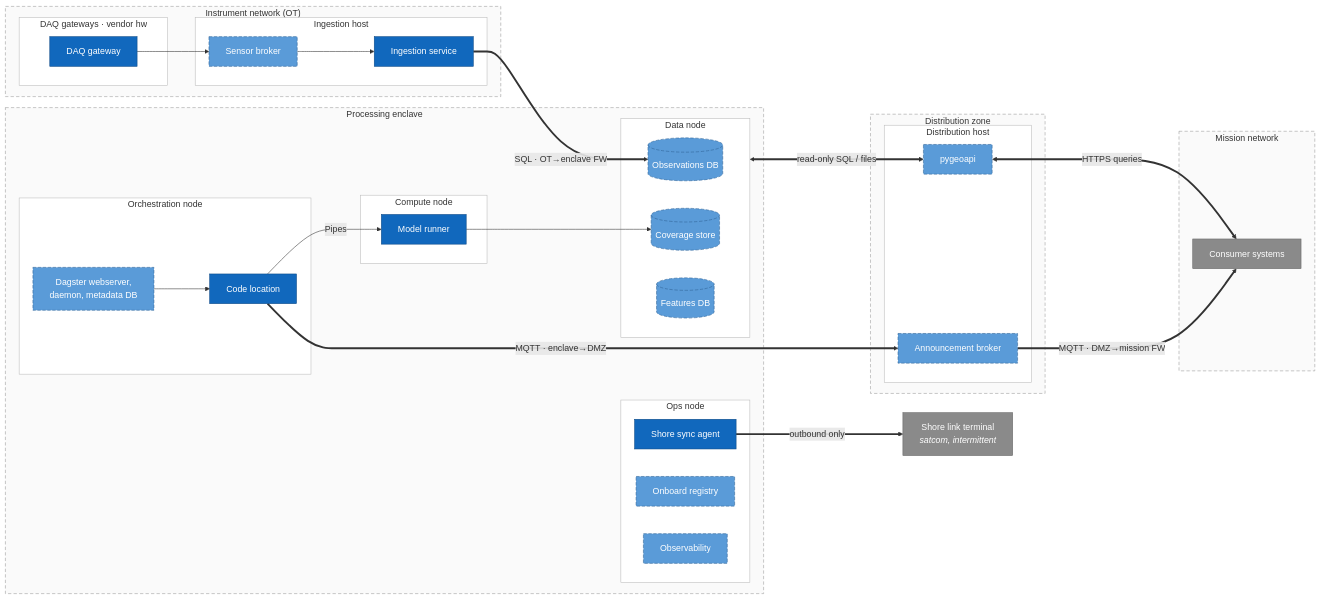
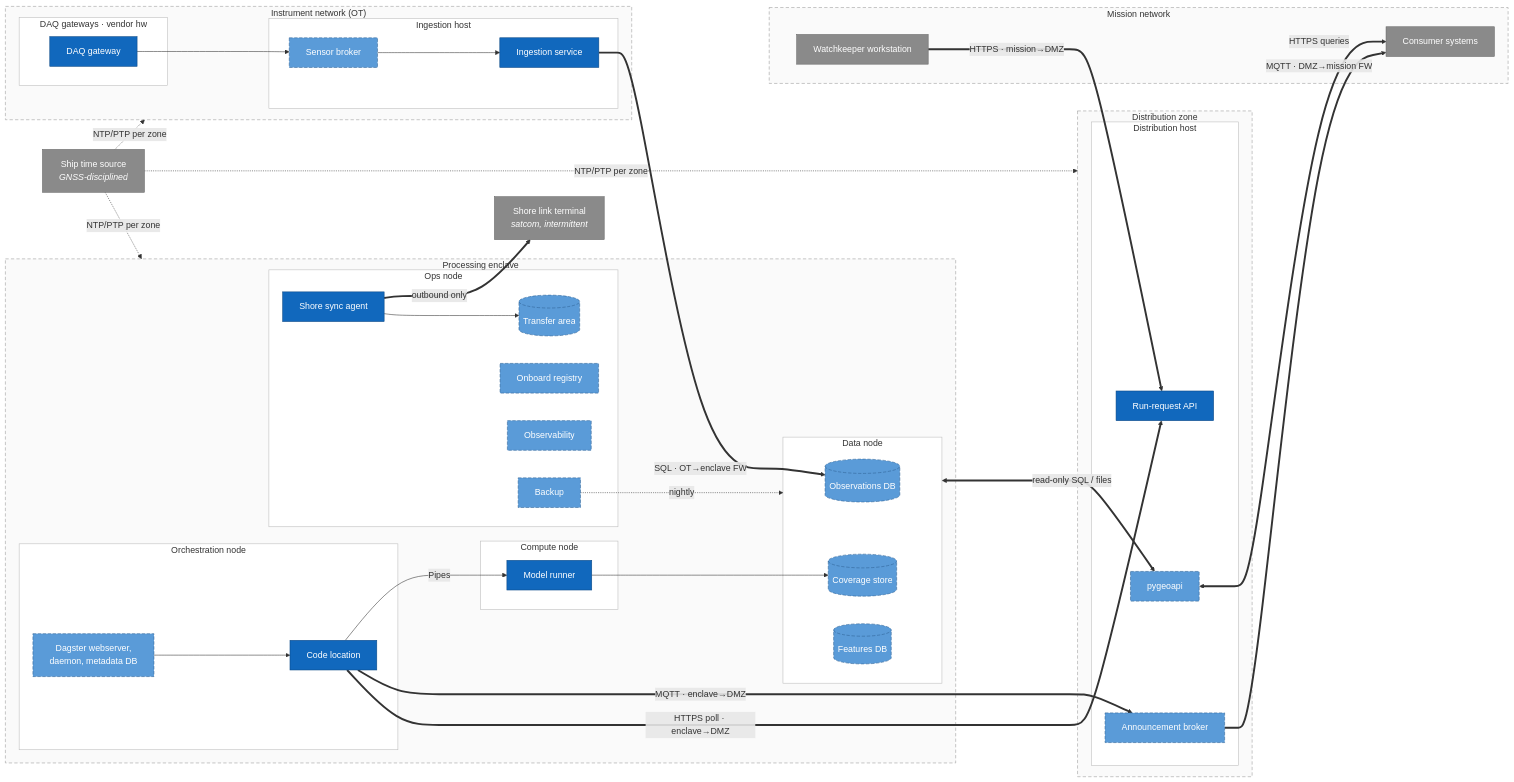
One commit to DeepBlueCLtd/argonautical changed the tenth of 12 diagrams in docs/c4-model.md. Above: the diagram before and after it, drawn with Mermaid. The commit also changed other lines of this file, not shown here.

First line of the commit message:
Decide C4 open questions Q1-Q7 and split busy diagrams

````diff
--- a/docs/c4-model.md
+++ b/docs/c4-model.md
@@ -322,58 +409,68 @@
 ```mermaid
 flowchart LR
   subgraph OT["Instrument network (OT)"]
     subgraph DAQ["DAQ gateways · vendor hw"]
       gw["DAQ gateway"]:::ours
     end
     subgraph INGH["Ingestion host"]
       sbrk["Sensor broker"]:::adopted
       ing["Ingestion service"]:::ours
     end
   end
   subgraph ENC["Processing enclave"]
     subgraph ORN["Orchestration node"]
       dagster["Dagster webserver,<br/>daemon, metadata DB"]:::adopted
       cl["Code location"]:::ours
     end
     subgraph CMP["Compute node"]
       mr["Model runner"]:::ours
     end
     subgraph DAT["Data node"]
       obs[("Observations DB")]:::adopted
       cov[("Coverage store")]:::adopted
       fdb[("Features DB")]:::adopted
     end
     subgraph OPN["Ops node"]
       sync["Shore sync agent"]:::ours
+      xfer[("Transfer area")]:::adopted
       reg["Onboard registry"]:::adopted
       mon["Observability"]:::adopted
+      bkp["Backup"]:::adopted
     end
   end
   subgraph DMZ["Distribution zone"]
     subgraph DH["Distribution host"]
       pga["pygeoapi"]:::adopted
       brk["Announcement broker"]:::adopted
+      rapi["Run-request API"]:::ours
     end
   end
   subgraph MIS["Mission network"]
     cons["Consumer systems"]:::ext
+    wk["Watchkeeper workstation"]:::ext
   end
   sat["Shore link terminal<br/><i>satcom, intermittent</i>"]:::ext
+  gnss["Ship time source<br/><i>GNSS-disciplined</i>"]:::ext
 
   gw --> sbrk --> ing
   ing ==>|"SQL · OT→enclave FW"| obs
   dagster --> cl -->|"Pipes"| mr --> cov
   cl ==>|"MQTT · enclave→DMZ"| brk
   DAT <==>|"read-only SQL / files"| pga
   brk ==>|"MQTT · DMZ→mission FW"| cons
   pga <==>|"HTTPS queries"| cons
   sync ==>|"outbound only"| sat
+  sync --> xfer
+  bkp -.->|"nightly"| DAT
+  cl ==>|"HTTPS poll · enclave→DMZ"| rapi
+  wk ==>|"HTTPS · mission→DMZ"| rapi
+  gnss -.->|"NTP/PTP per zone"| OT & ENC & DMZ
   class OT,ENC,DMZ,MIS zone
   class DAQ,INGH,ORN,CMP,DAT,OPN,DH host
   classDef person fill:#08427b,stroke:#052e56,color:#fff
   classDef ours fill:#1168bd,stroke:#0b4884,color:#fff
   classDef adopted fill:#5a9bd8,stroke:#2e6295,color:#fff,stroke-dasharray:6 3
   classDef ext fill:#8a8a8a,stroke:#666,color:#fff
   classDef zone fill:#fafafa,stroke:#999,stroke-dasharray:6 4,color:#333
   classDef host fill:#fff,stroke:#bbb,color:#333
 ```
````
